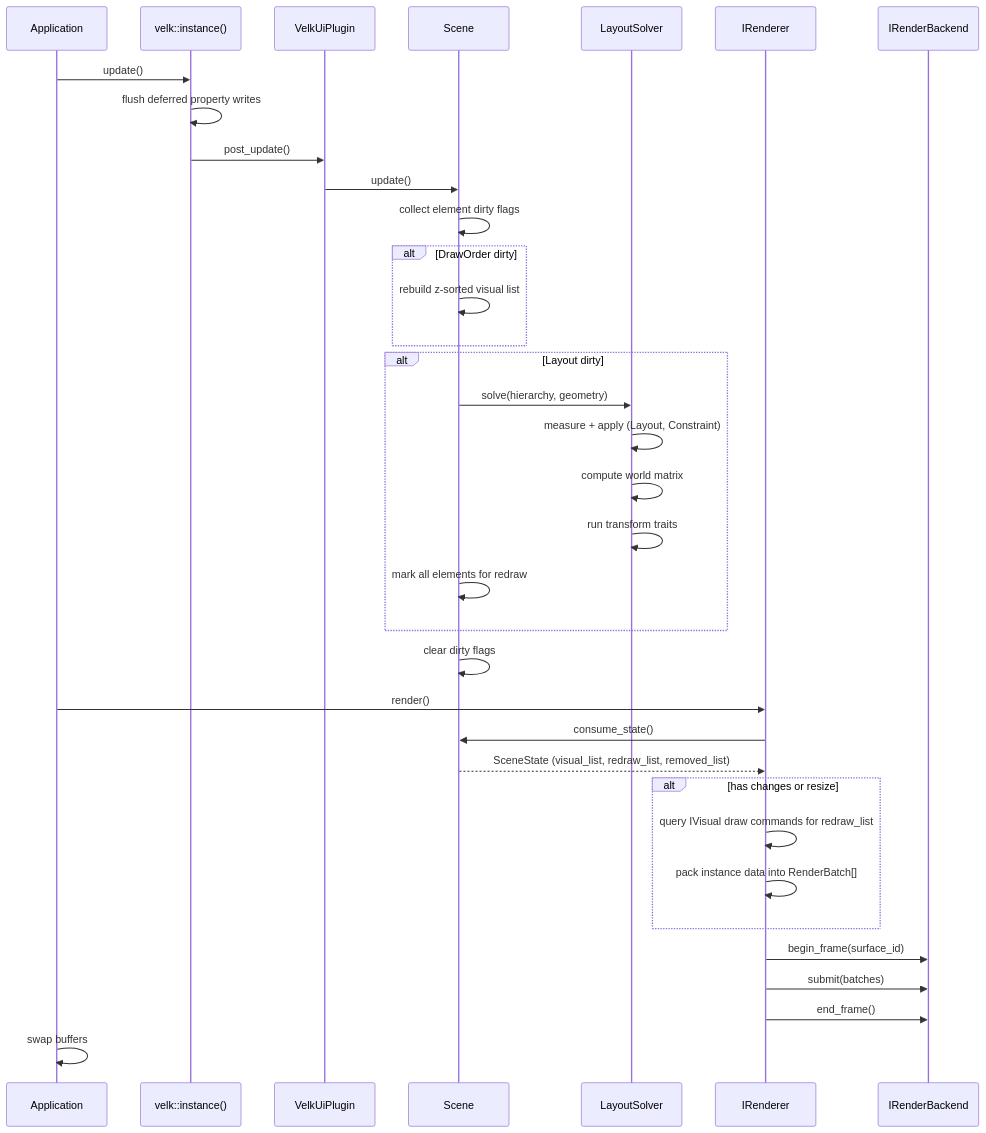
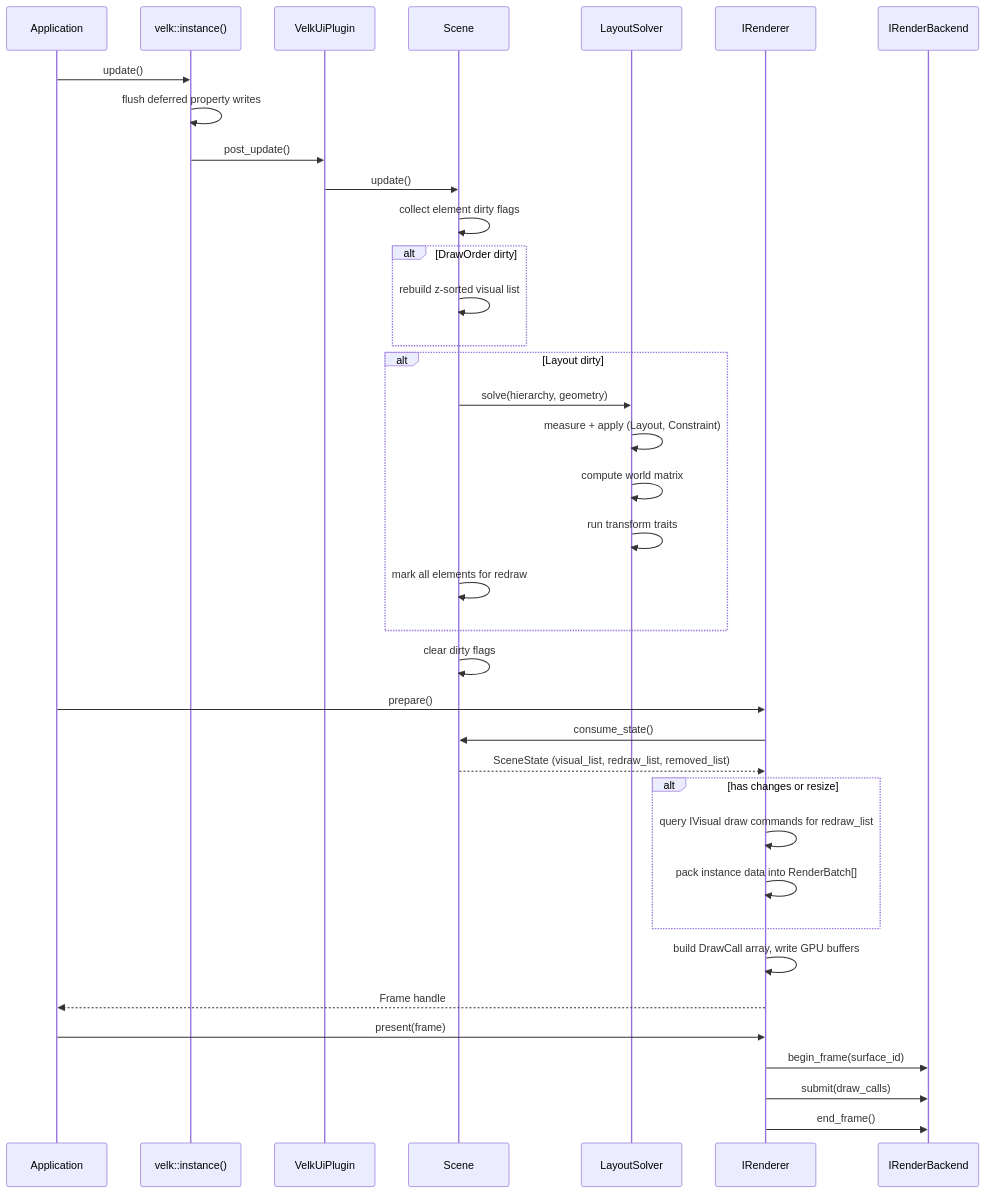
The diagram in velk-ui/docs/update-cycle.md (ljaaskela/velk-platform), drawn with Mermaid before and after one commit. The commit also changed other lines of this file and 6 other files, not shown here.

Commit message:
Split IRenderer::render into prepare/present for finer rendering control

````diff
--- a/velk-ui/docs/update-cycle.md
+++ b/velk-ui/docs/update-cycle.md
@@ -43,39 +58,42 @@
 ```mermaid
 sequenceDiagram
     participant App as Application
     participant Velk as velk::instance()
     participant Plugin as VelkUiPlugin
     participant Scene
     participant Solver as LayoutSolver
     participant Renderer as IRenderer
     participant Backend as IRenderBackend
 
     App->>Velk: update()
     Velk->>Velk: flush deferred property writes
     Velk->>Plugin: post_update()
     Plugin->>Scene: update()
     Scene->>Scene: collect element dirty flags
     alt DrawOrder dirty
         Scene->>Scene: rebuild z-sorted visual list
     end
     alt Layout dirty
         Scene->>Solver: solve(hierarchy, geometry)
         Solver->>Solver: measure + apply (Layout, Constraint)
         Solver->>Solver: compute world matrix
         Solver->>Solver: run transform traits
         Scene->>Scene: mark all elements for redraw
     end
     Scene->>Scene: clear dirty flags
 
-    App->>Renderer: render()
+    App->>Renderer: prepare()
     Renderer->>Scene: consume_state()
     Scene-->>Renderer: SceneState (visual_list, redraw_list, removed_list)
     alt has changes or resize
         Renderer->>Renderer: query IVisual draw commands for redraw_list
         Renderer->>Renderer: pack instance data into RenderBatch[]
     end
+    Renderer->>Renderer: build DrawCall array, write GPU buffers
+    Renderer-->>App: Frame handle
+
+    App->>Renderer: present(frame)
     Renderer->>Backend: begin_frame(surface_id)
-    Renderer->>Backend: submit(batches)
+    Renderer->>Backend: submit(draw_calls)
     Renderer->>Backend: end_frame()
-    App->>App: swap buffers
 ```
````
